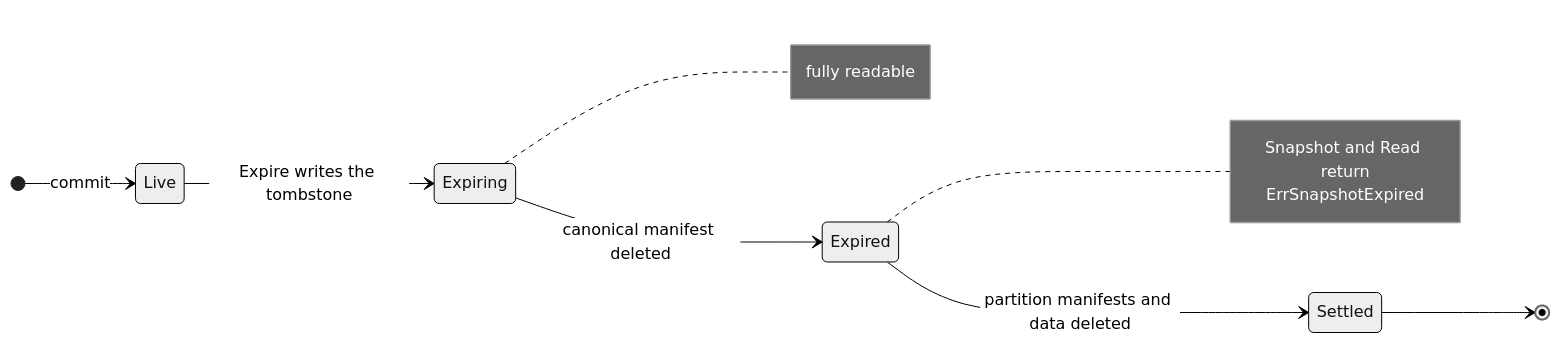
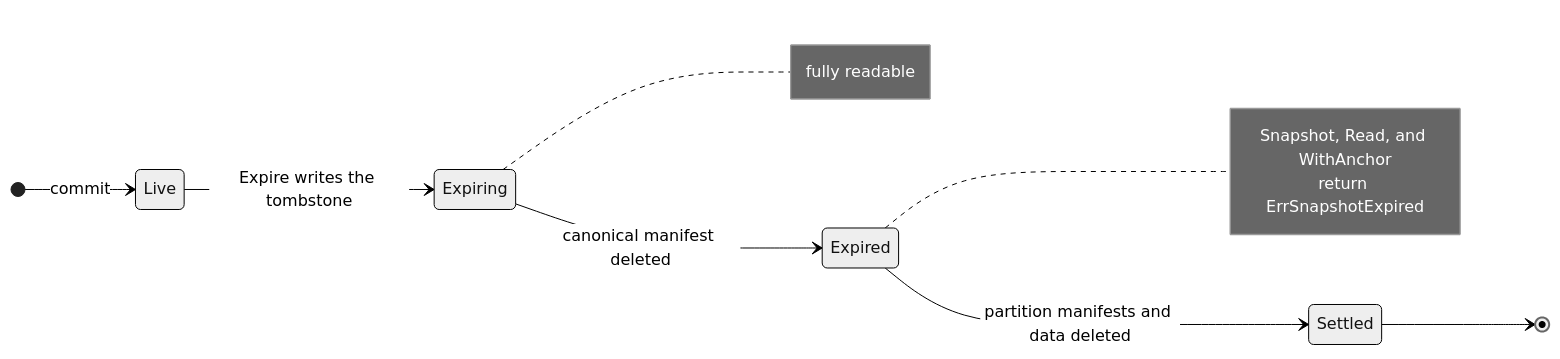
The first of 3 diagrams in docs/guides/retention.md (pithecene/lode), drawn with Mermaid (neutral theme) before and after one commit. The commit also changed other lines of this file and 127 other files, not shown here.

````diff
--- a/docs/guides/retention.md
+++ b/docs/guides/retention.md
@@ -29,16 +28,16 @@
 ```mermaid
 stateDiagram-v2
     direction LR
     [*] --> Live: commit
     Live --> Expiring: Expire writes the tombstone
     Expiring --> Expired: canonical manifest deleted
     Expired --> Settled: partition manifests and data deleted
     Settled --> [*]
     note right of Expiring
         fully readable
     end note
     note right of Expired
-        Snapshot and Read return
-        ErrSnapshotExpired
+        Snapshot, Read, and WithAnchor
+        return ErrSnapshotExpired
     end note
 ```
````
